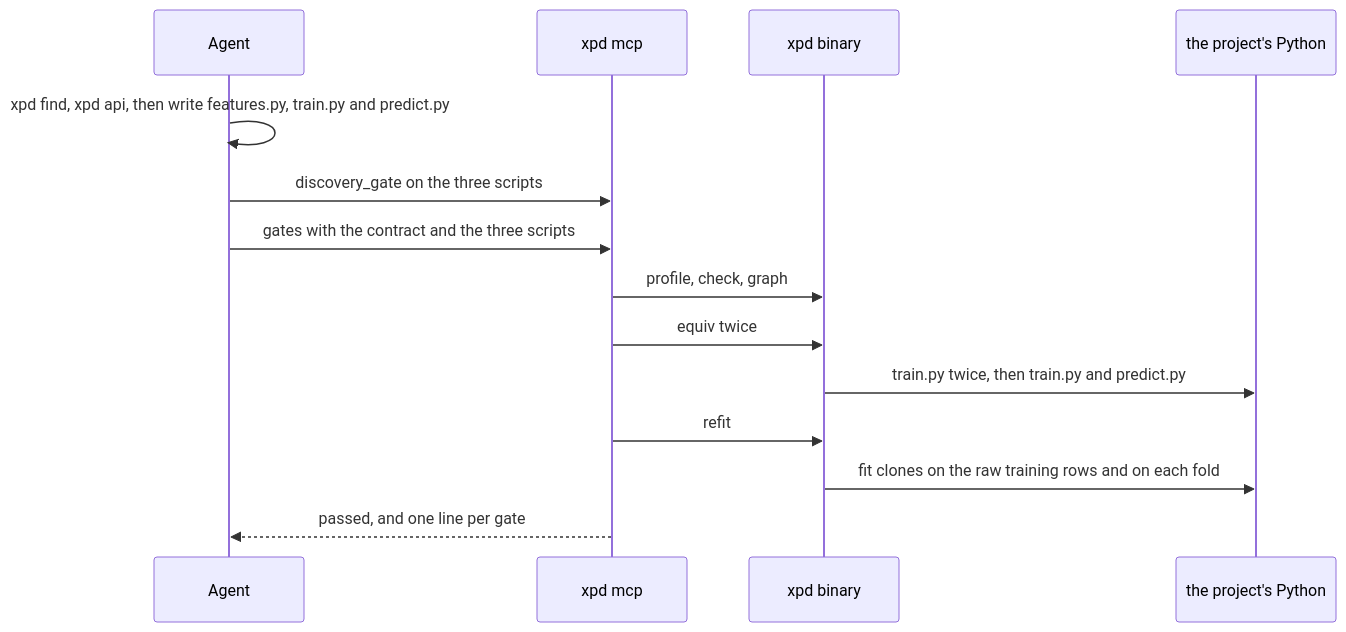
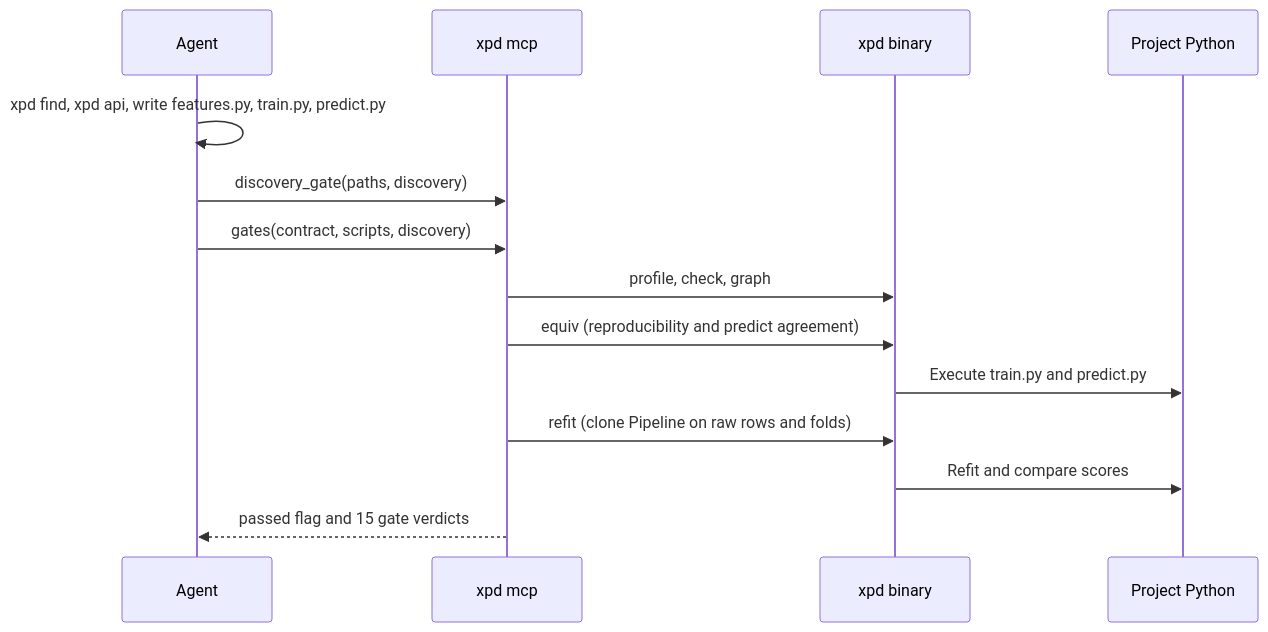
One commit to bjoernaagaard/xpd changed the diagram in website/src/content/docs/guides/gates.md. Above: the diagram before and after it, drawn with Mermaid. The commit also changed other lines of this file and 42 other files, not shown here.

Commit message:
docs: rewrite public docs with BLUF, Mermaid diagrams, and plain prose

````diff
--- a/website/src/content/docs/guides/gates.md
+++ b/website/src/content/docs/guides/gates.md
@@ -16,16 +10,16 @@
 ```mermaid
 sequenceDiagram
     participant Agent
     participant Server as xpd mcp
     participant Binary as xpd binary
-    participant Python as the project's Python
-    Agent->>Agent: xpd find, xpd api, then write features.py, train.py and predict.py
-    Agent->>Server: discovery_gate on the three scripts
-    Agent->>Server: gates with the contract and the three scripts
+    participant Python as Project Python
+    Agent->>Agent: xpd find, xpd api, write features.py, train.py, predict.py
+    Agent->>Server: discovery_gate(paths, discovery)
+    Agent->>Server: gates(contract, scripts, discovery)
     Server->>Binary: profile, check, graph
-    Server->>Binary: equiv twice
-    Binary->>Python: train.py twice, then train.py and predict.py
-    Server->>Binary: refit
-    Binary->>Python: fit clones on the raw training rows and on each fold
-    Server-->>Agent: passed, and one line per gate
+    Server->>Binary: equiv (reproducibility and predict agreement)
+    Binary->>Python: Execute train.py and predict.py
+    Server->>Binary: refit (clone Pipeline on raw rows and folds)
+    Binary->>Python: Refit and compare scores
+    Server-->>Agent: passed flag and 15 gate verdicts
 ```
````
